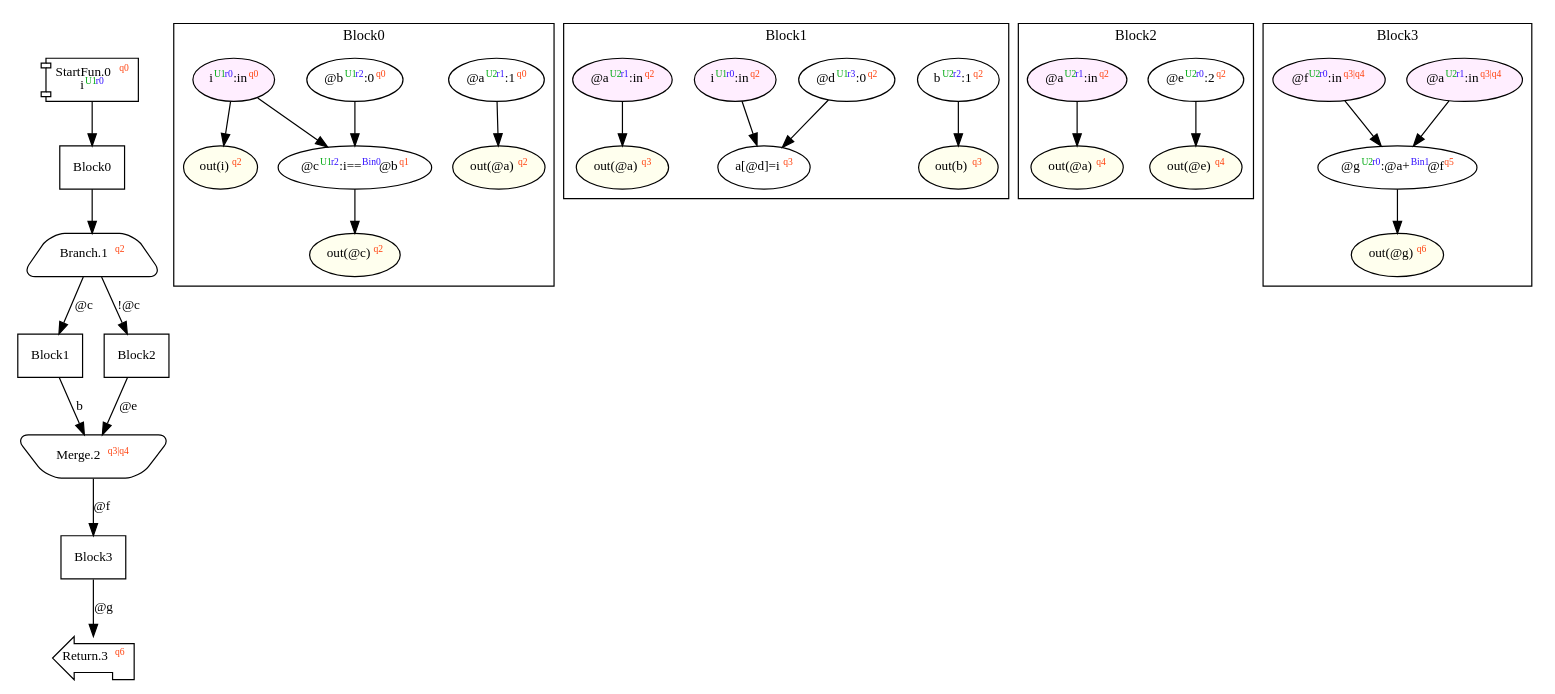
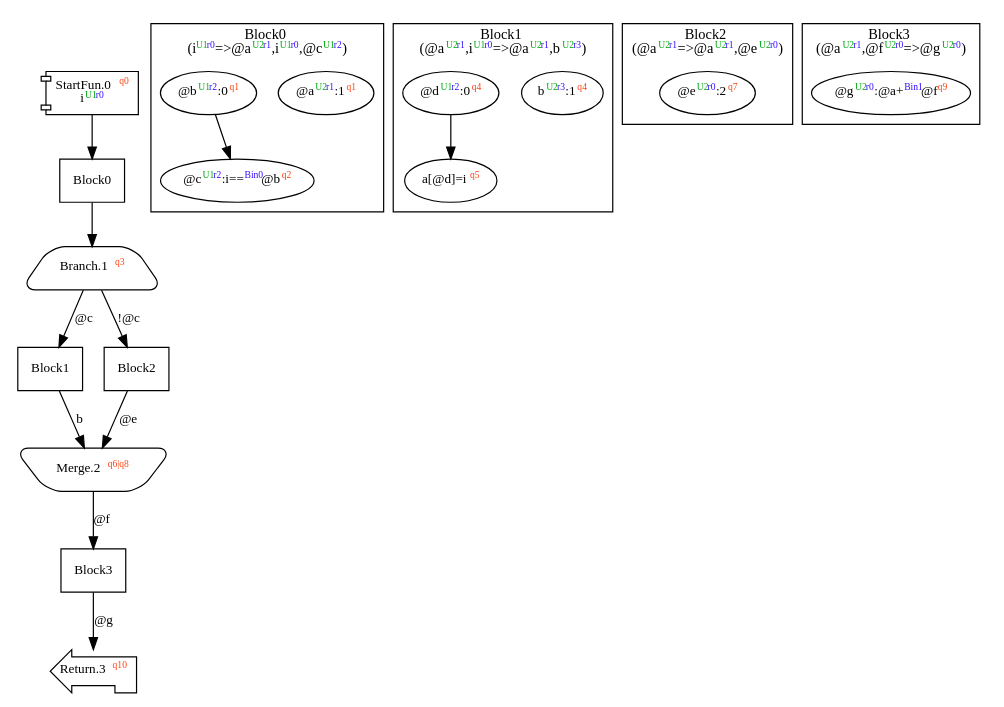
Before and after one commit to akouryy/SyntheScala: the diagram in dist/complexIf.dot, drawn with Graphviz. The commit also changed 32 other files, not shown here.

```diff
--- a/dist/complexIf.dot
+++ b/dist/complexIf.dot
@@ -1,76 +1,50 @@
 digraph Program_ {
   graph [fontname = "Monaco", fontsize = 12, ranksep = 0.5];
   node [shape = box, fontname = "Monaco", fontsize = 11; colorscheme = pastel19];
   edge [fontname = "Monaco", fontsize = 11; colorscheme = pastel19];
   Jump0[label = <StartFun.0<font color="#ff4411" point-size="8"><sup>q0</sup></font><br/>i<font color="#00aa11" point-size="8"><sup>U1</sup></font><font color="#3311ff" point-size="8"><sup>r0</sup></font>>; shape = component];
   Jump0 -> Block0;
   Jump1[
-    label = <Branch.1<font color="#ff4411" point-size="8"><sup>q2</sup></font>>;
+    label = <Branch.1<font color="#ff4411" point-size="8"><sup>q3</sup></font>>;
     shape = trapezium; style = rounded;
   ];
   Block0 -> Jump1;
   Jump1 -> Block1 [label="@c"];
   Jump1 -> Block2 [label="!@c"];
-  Jump2[label = <Merge.2<font color="#ff4411" point-size="8"><sup>q3|q4</sup></font>>; shape = invtrapezium; style = rounded];
+  Jump2[label = <Merge.2<font color="#ff4411" point-size="8"><sup>q6|q8</sup></font>>; shape = invtrapezium; style = rounded];
   Block1 -> Jump2 [label="b"];
   Block2 -> Jump2 [label="@e"];
   Jump2 -> Block3 [label="@f"];
-  Jump3[label = <Return.3<font color="#ff4411" point-size="8"><sup>q6</sup></font>>; shape = lpromoter];
+  Jump3[label = <Return.3<font color="#ff4411" point-size="8"><sup>q10</sup></font>>; shape = lpromoter];
   Block3 -> Jump3 [label="@g"];
   Block0 [label = "Block0"];
   Block1 [label = "Block1"];
   Block2 [label = "Block2"];
   Block3 [label = "Block3"];
   subgraph cluster_dfg_Block0 {
     node [shape = oval];
-    label = "Block0";
-    0 [label=<@a<font color="#00aa11" point-size="8"><sup>U2</sup></font><font color="#3311ff" point-size="8"><sup>r1</sup></font>:1<font color="#ff4411" point-size="8"><sup>q0</sup></font>>; ];
-    20 [label=<out(i)<font color="#ff4411" point-size="8"><sup>q2</sup></font>>; style="filled"; fillcolor="#ffffee";];
-    1 [label=<@b<font color="#00aa11" point-size="8"><sup>U1</sup></font><font color="#3311ff" point-size="8"><sup>r2</sup></font>:0<font color="#ff4411" point-size="8"><sup>q0</sup></font>>; ];
-    21 [label=<out(@c)<font color="#ff4411" point-size="8"><sup>q2</sup></font>>; style="filled"; fillcolor="#ffffee";];
-    2 [label=<@c<font color="#00aa11" point-size="8"><sup>U1</sup></font><font color="#3311ff" point-size="8"><sup>r2</sup></font>:i==<font color="#3311ff" point-size="8"><sup>Bin0</sup></font>@b<font color="#ff4411" point-size="8"><sup>q1</sup></font>>; ];
-    18 [label=<i<font color="#00aa11" point-size="8"><sup>U1</sup></font><font color="#3311ff" point-size="8"><sup>r0</sup></font>:in<font color="#ff4411" point-size="8"><sup>q0</sup></font>>; style="filled"; fillcolor="#ffeeff";];
-    19 [label=<out(@a)<font color="#ff4411" point-size="8"><sup>q2</sup></font>>; style="filled"; fillcolor="#ffffee";];
-    0 -> 19;
+    label = <Block0<br/>(i<font color="#00aa11" point-size="8"><sup>U1</sup></font><font color="#3311ff" point-size="8"><sup>r0</sup></font>=&gt;@a<font color="#00aa11" point-size="8"><sup>U2</sup></font><font color="#3311ff" point-size="8"><sup>r1</sup></font>,i<font color="#00aa11" point-size="8"><sup>U1</sup></font><font color="#3311ff" point-size="8"><sup>r0</sup></font>,@c<font color="#00aa11" point-size="8"><sup>U1</sup></font><font color="#3311ff" point-size="8"><sup>r2</sup></font>)>;
+    0 [label=<@a<font color="#00aa11" point-size="8"><sup>U2</sup></font><font color="#3311ff" point-size="8"><sup>r1</sup></font>:1<font color="#ff4411" point-size="8"><sup>q1</sup></font>>];
+    1 [label=<@b<font color="#00aa11" point-size="8"><sup>U1</sup></font><font color="#3311ff" point-size="8"><sup>r2</sup></font>:0<font color="#ff4411" point-size="8"><sup>q1</sup></font>>];
+    2 [label=<@c<font color="#00aa11" point-size="8"><sup>U1</sup></font><font color="#3311ff" point-size="8"><sup>r2</sup></font>:i==<font color="#3311ff" point-size="8"><sup>Bin0</sup></font>@b<font color="#ff4411" point-size="8"><sup>q2</sup></font>>];
     1 -> 2;
-    2 -> 21;
-    18 -> 2;
-    18 -> 20;
   }
   subgraph cluster_dfg_Block1 {
     node [shape = oval];
-    label = "Block1";
-    5 [label=<a[@d]=i<font color="#ff4411" point-size="8"><sup>q3</sup></font>>; ];
-    14 [label=<out(b)<font color="#ff4411" point-size="8"><sup>q3</sup></font>>; style="filled"; fillcolor="#ffffee";];
-    13 [label=<out(@a)<font color="#ff4411" point-size="8"><sup>q3</sup></font>>; style="filled"; fillcolor="#ffffee";];
-    12 [label=<i<font color="#00aa11" point-size="8"><sup>U1</sup></font><font color="#3311ff" point-size="8"><sup>r0</sup></font>:in<font color="#ff4411" point-size="8"><sup>q2</sup></font>>; style="filled"; fillcolor="#ffeeff";];
-    3 [label=<b<font color="#00aa11" point-size="8"><sup>U2</sup></font><font color="#3311ff" point-size="8"><sup>r2</sup></font>:1<font color="#ff4411" point-size="8"><sup>q2</sup></font>>; ];
-    11 [label=<@a<font color="#00aa11" point-size="8"><sup>U2</sup></font><font color="#3311ff" point-size="8"><sup>r1</sup></font>:in<font color="#ff4411" point-size="8"><sup>q2</sup></font>>; style="filled"; fillcolor="#ffeeff";];
-    4 [label=<@d<font color="#00aa11" point-size="8"><sup>U1</sup></font><font color="#3311ff" point-size="8"><sup>r3</sup></font>:0<font color="#ff4411" point-size="8"><sup>q2</sup></font>>; ];
-    3 -> 14;
+    label = <Block1<br/>(@a<font color="#00aa11" point-size="8"><sup>U2</sup></font><font color="#3311ff" point-size="8"><sup>r1</sup></font>,i<font color="#00aa11" point-size="8"><sup>U1</sup></font><font color="#3311ff" point-size="8"><sup>r0</sup></font>=&gt;@a<font color="#00aa11" point-size="8"><sup>U2</sup></font><font color="#3311ff" point-size="8"><sup>r1</sup></font>,b<font color="#00aa11" point-size="8"><sup>U2</sup></font><font color="#3311ff" point-size="8"><sup>r3</sup></font>)>;
+    3 [label=<b<font color="#00aa11" point-size="8"><sup>U2</sup></font><font color="#3311ff" point-size="8"><sup>r3</sup></font>:1<font color="#ff4411" point-size="8"><sup>q4</sup></font>>];
+    4 [label=<@d<font color="#00aa11" point-size="8"><sup>U1</sup></font><font color="#3311ff" point-size="8"><sup>r2</sup></font>:0<font color="#ff4411" point-size="8"><sup>q4</sup></font>>];
+    5 [label=<a[@d]=i<font color="#ff4411" point-size="8"><sup>q5</sup></font>>];
     4 -> 5;
-    11 -> 13;
-    12 -> 5;
   }
   subgraph cluster_dfg_Block2 {
     node [shape = oval];
-    label = "Block2";
-    6 [label=<@e<font color="#00aa11" point-size="8"><sup>U2</sup></font><font color="#3311ff" point-size="8"><sup>r0</sup></font>:2<font color="#ff4411" point-size="8"><sup>q2</sup></font>>; ];
-    15 [label=<@a<font color="#00aa11" point-size="8"><sup>U2</sup></font><font color="#3311ff" point-size="8"><sup>r1</sup></font>:in<font color="#ff4411" point-size="8"><sup>q2</sup></font>>; style="filled"; fillcolor="#ffeeff";];
-    16 [label=<out(@a)<font color="#ff4411" point-size="8"><sup>q4</sup></font>>; style="filled"; fillcolor="#ffffee";];
-    17 [label=<out(@e)<font color="#ff4411" point-size="8"><sup>q4</sup></font>>; style="filled"; fillcolor="#ffffee";];
-    6 -> 17;
-    15 -> 16;
+    label = <Block2<br/>(@a<font color="#00aa11" point-size="8"><sup>U2</sup></font><font color="#3311ff" point-size="8"><sup>r1</sup></font>=&gt;@a<font color="#00aa11" point-size="8"><sup>U2</sup></font><font color="#3311ff" point-size="8"><sup>r1</sup></font>,@e<font color="#00aa11" point-size="8"><sup>U2</sup></font><font color="#3311ff" point-size="8"><sup>r0</sup></font>)>;
+    6 [label=<@e<font color="#00aa11" point-size="8"><sup>U2</sup></font><font color="#3311ff" point-size="8"><sup>r0</sup></font>:2<font color="#ff4411" point-size="8"><sup>q7</sup></font>>];
   }
   subgraph cluster_dfg_Block3 {
     node [shape = oval];
-    label = "Block3";
-    7 [label=<@g<font color="#00aa11" point-size="8"><sup>U2</sup></font><font color="#3311ff" point-size="8"><sup>r0</sup></font>:@a+<font color="#3311ff" point-size="8"><sup>Bin1</sup></font>@f<font color="#ff4411" point-size="8"><sup>q5</sup></font>>; ];
-    8 [label=<@a<font color="#00aa11" point-size="8"><sup>U2</sup></font><font color="#3311ff" point-size="8"><sup>r1</sup></font>:in<font color="#ff4411" point-size="8"><sup>q3|q4</sup></font>>; style="filled"; fillcolor="#ffeeff";];
-    9 [label=<@f<font color="#00aa11" point-size="8"><sup>U2</sup></font><font color="#3311ff" point-size="8"><sup>r0</sup></font>:in<font color="#ff4411" point-size="8"><sup>q3|q4</sup></font>>; style="filled"; fillcolor="#ffeeff";];
-    10 [label=<out(@g)<font color="#ff4411" point-size="8"><sup>q6</sup></font>>; style="filled"; fillcolor="#ffffee";];
-    7 -> 10;
-    8 -> 7;
-    9 -> 7;
+    label = <Block3<br/>(@a<font color="#00aa11" point-size="8"><sup>U2</sup></font><font color="#3311ff" point-size="8"><sup>r1</sup></font>,@f<font color="#00aa11" point-size="8"><sup>U2</sup></font><font color="#3311ff" point-size="8"><sup>r0</sup></font>=&gt;@g<font color="#00aa11" point-size="8"><sup>U2</sup></font><font color="#3311ff" point-size="8"><sup>r0</sup></font>)>;
+    7 [label=<@g<font color="#00aa11" point-size="8"><sup>U2</sup></font><font color="#3311ff" point-size="8"><sup>r0</sup></font>:@a+<font color="#3311ff" point-size="8"><sup>Bin1</sup></font>@f<font color="#ff4411" point-size="8"><sup>q9</sup></font>>];
   }
 }
```
